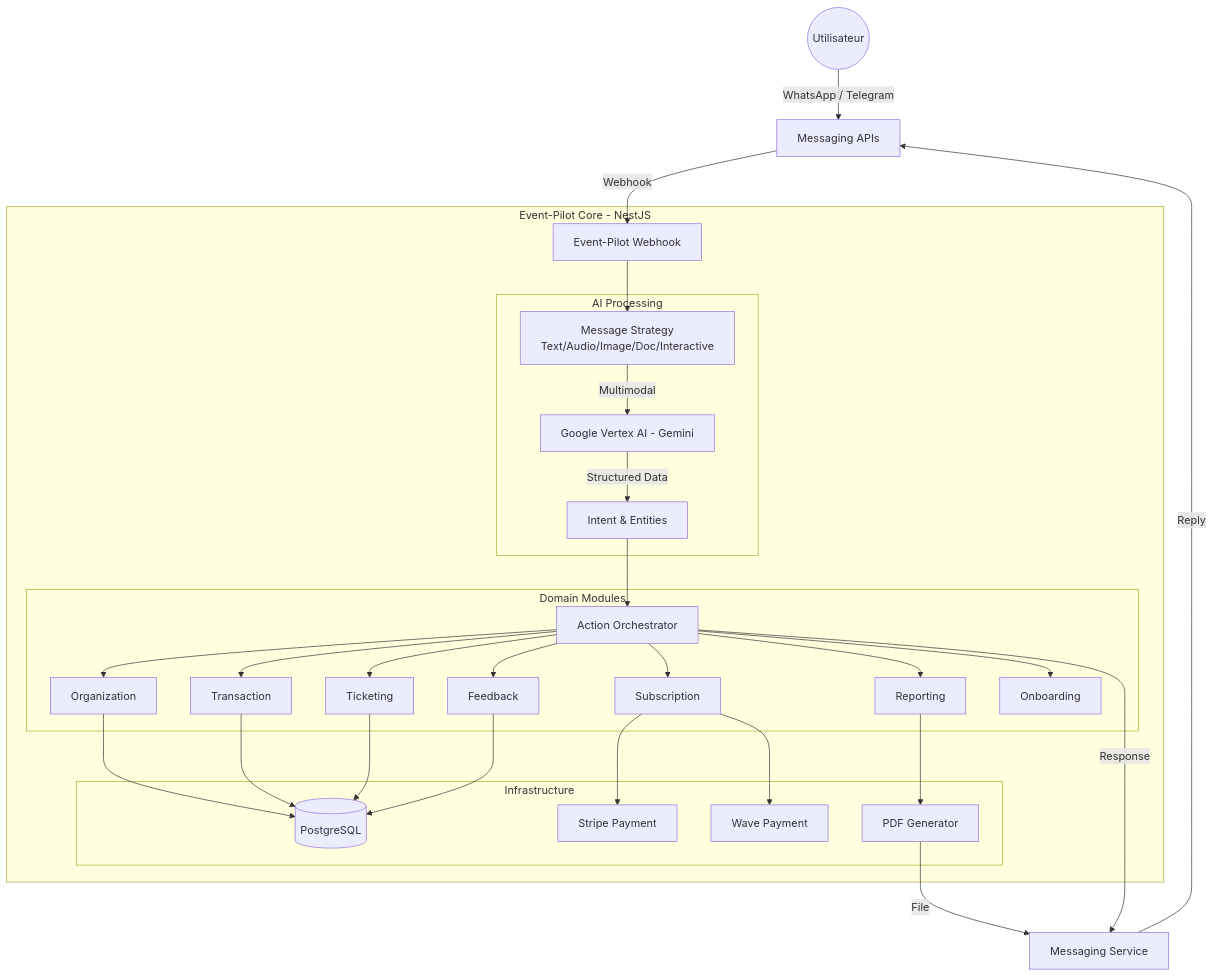
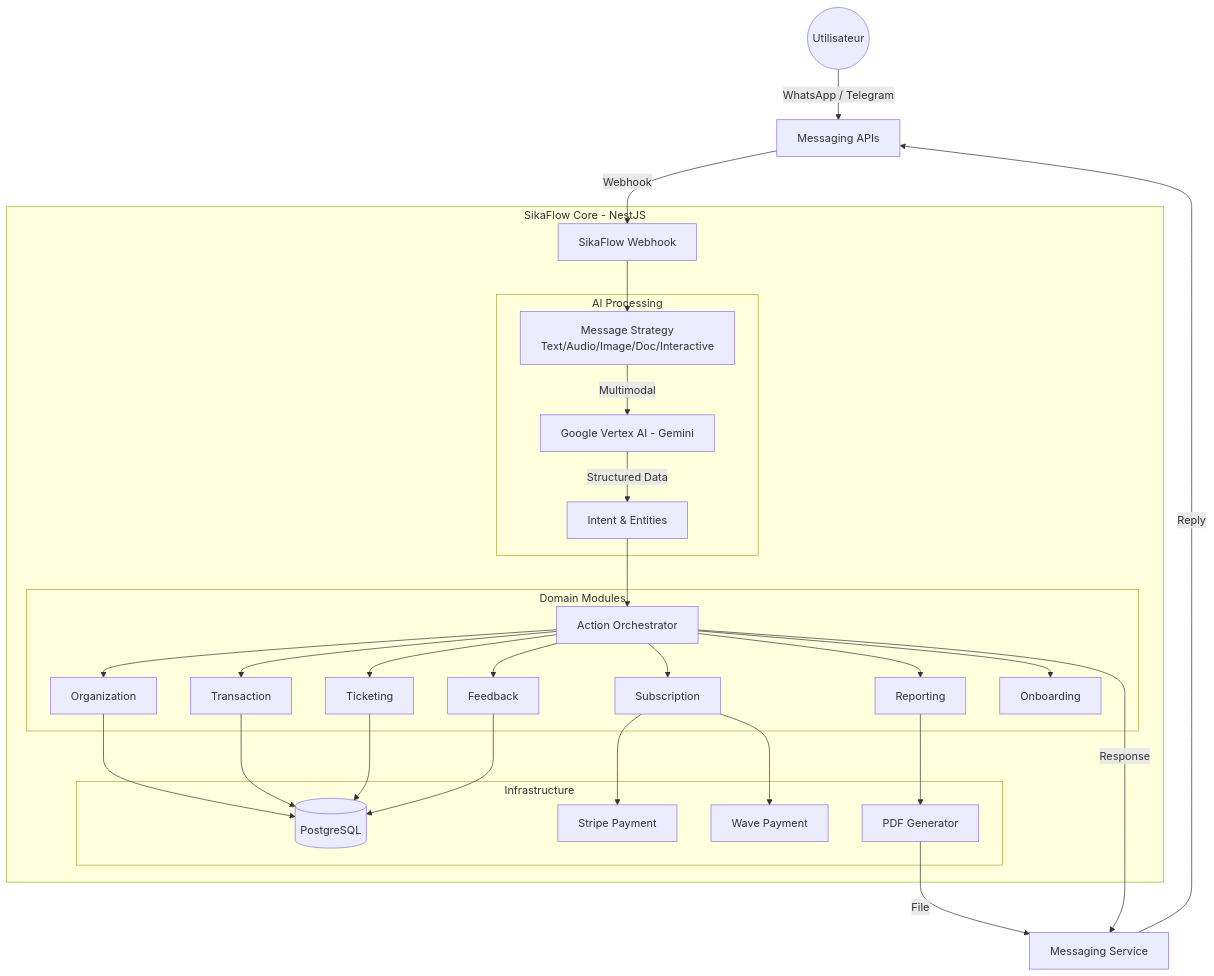
The first of 3 diagrams in backend/docs/functional_specs.md (yetininoliviercoulibaly/Sikaflow), drawn with Mermaid before and after one commit. The commit also changed other lines of this file and 10 other files, not shown here.

First line of the commit message:
docs: rename legacy product name Event-Pilot to SikaFlow

````diff
--- a/backend/docs/functional_specs.md
+++ b/backend/docs/functional_specs.md
@@ -15,40 +15,40 @@
 ```mermaid
 graph TD
     User((Utilisateur)) -->|WhatsApp / Telegram| Cloud_API[Messaging APIs]
-    Cloud_API -->|Webhook| EP_Webhook[Event-Pilot Webhook]
+    Cloud_API -->|Webhook| EP_Webhook[SikaFlow Webhook]
 
-    subgraph "Event-Pilot Core - NestJS"
+    subgraph "SikaFlow Core - NestJS"
         EP_Webhook --> Strategy[Message Strategy<br/>Text/Audio/Image/Doc/Interactive]
 
         subgraph "AI Processing"
             Strategy -->|Multimodal| GEMINI[Google Vertex AI - Gemini]
             GEMINI -->|Structured Data| Intent[Intent & Entities]
         end
 
         Intent --> ActionHandler[Action Orchestrator]
 
         subgraph "Domain Modules"
             ActionHandler --> OrgMod[Organization]
             ActionHandler --> TransMod[Transaction]
             ActionHandler --> SubMod[Subscription]
             ActionHandler --> RepMod[Reporting]
             ActionHandler --> TicketMod[Ticketing]
             ActionHandler --> FeedMod[Feedback]
             ActionHandler --> OnboardMod[Onboarding]
         end
 
         subgraph "Infrastructure"
             OrgMod --> DB[(PostgreSQL)]
             TransMod --> DB
             TicketMod --> DB
             SubMod --> Stripe[Stripe Payment]
             SubMod --> Wave[Wave Payment]
             RepMod --> PDF[PDF Generator]
             FeedMod --> DB
         end
     end
 
     PDF -->|File| Messaging_Service[Messaging Service]
     ActionHandler -->|Response| Messaging_Service
     Messaging_Service -->|Reply| Cloud_API
 ```
````
